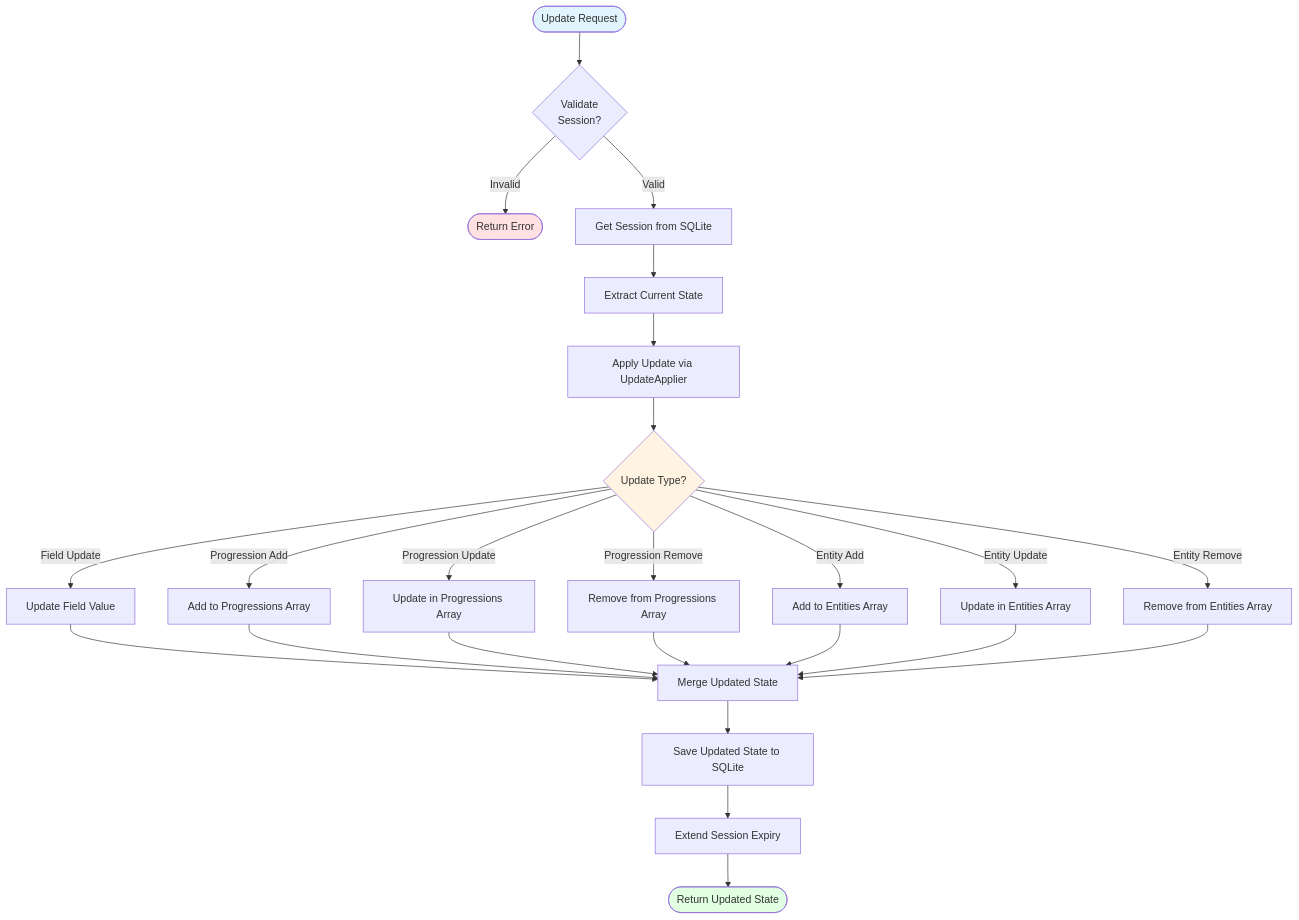
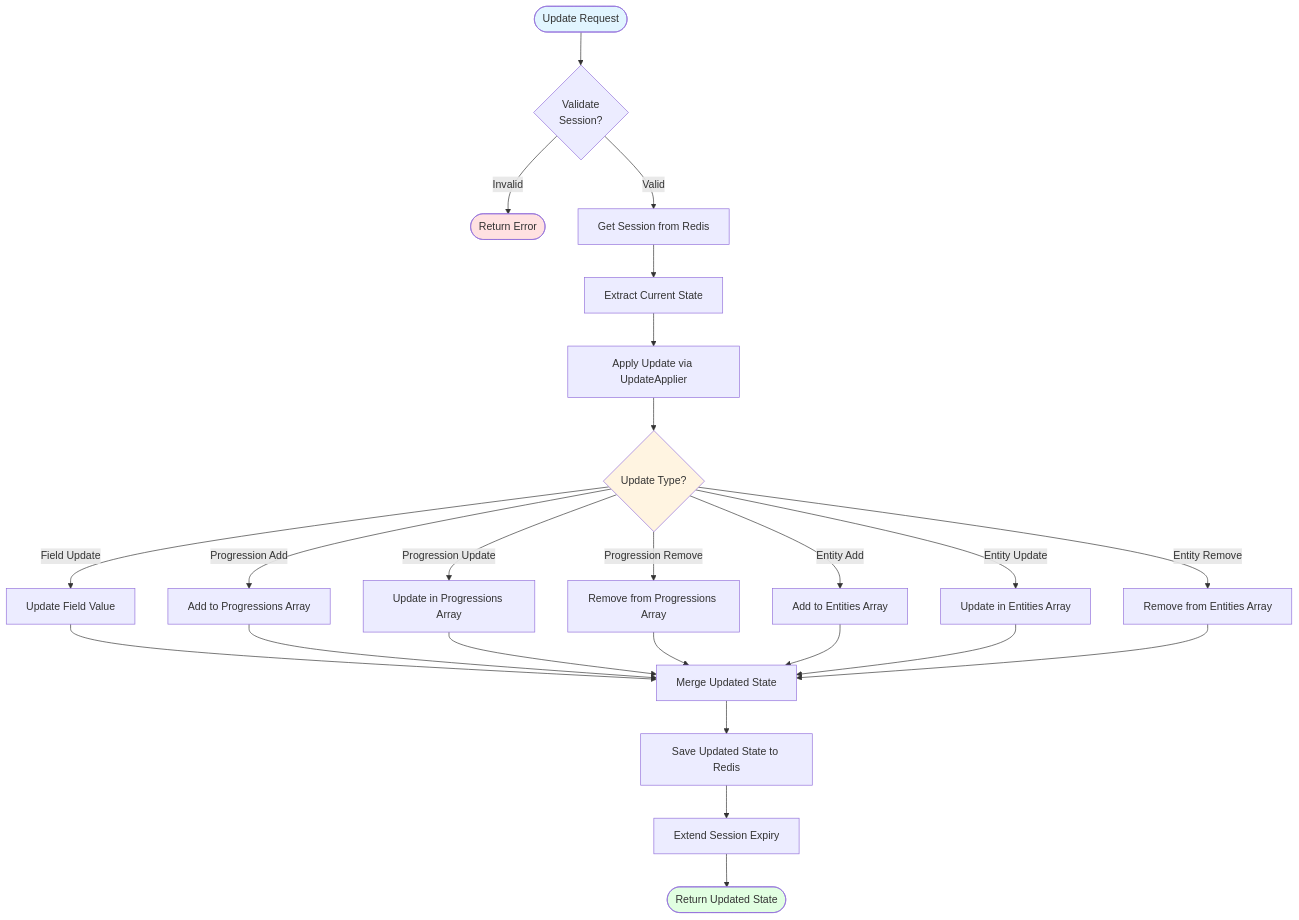
The diagram in packages/shared/docs/application-overview/session-state-management-backend.md (Cezero/dnd_tools), drawn with Mermaid before and after one commit. The commit also changed other lines of this file and 374 other files, not shown here.

````diff
--- a/packages/shared/docs/application-overview/session-state-management-backend.md
+++ b/packages/shared/docs/application-overview/session-state-management-backend.md
@@ -65,34 +65,34 @@
 ```mermaid
 flowchart TD
     Start([Update Request]) --> Validate{Validate<br/>Session?}
     Validate -->|Invalid| Error([Return Error])
-    Validate -->|Valid| GetSession[Get Session from SQLite]
+    Validate -->|Valid| GetSession[Get Session from Redis]
     GetSession --> GetState[Extract Current State]
     GetState --> ApplyUpdate[Apply Update via UpdateApplier]
     ApplyUpdate --> UpdateType{Update Type?}
     
     UpdateType -->|Field Update| FieldUpdate[Update Field Value]
     UpdateType -->|Progression Add| AddProgression[Add to Progressions Array]
     UpdateType -->|Progression Update| UpdateProgression[Update in Progressions Array]
     UpdateType -->|Progression Remove| RemoveProgression[Remove from Progressions Array]
     UpdateType -->|Entity Add| AddEntity[Add to Entities Array]
     UpdateType -->|Entity Update| UpdateEntity[Update in Entities Array]
     UpdateType -->|Entity Remove| RemoveEntity[Remove from Entities Array]
     
     FieldUpdate --> MergeState[Merge Updated State]
     AddProgression --> MergeState
     UpdateProgression --> MergeState
     RemoveProgression --> MergeState
     AddEntity --> MergeState
     UpdateEntity --> MergeState
     RemoveEntity --> MergeState
     
-    MergeState --> SaveSession[Save Updated State to SQLite]
+    MergeState --> SaveSession[Save Updated State to Redis]
     SaveSession --> ExtendExpiry[Extend Session Expiry]
     ExtendExpiry --> ReturnState([Return Updated State])
     
     style Start fill:#e1f5ff
     style Error fill:#ffe1e1
     style ReturnState fill:#e1ffe1
     style UpdateType fill:#fff4e1
 ```
````
